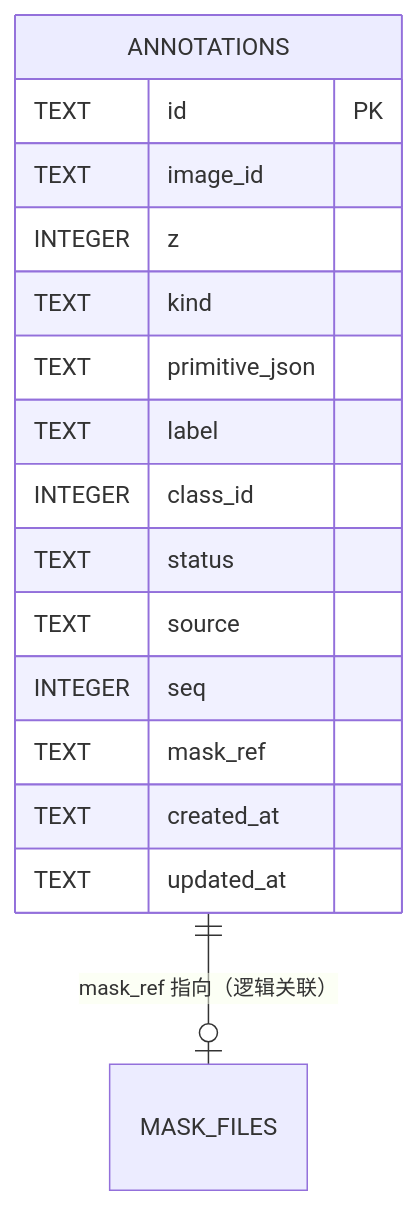
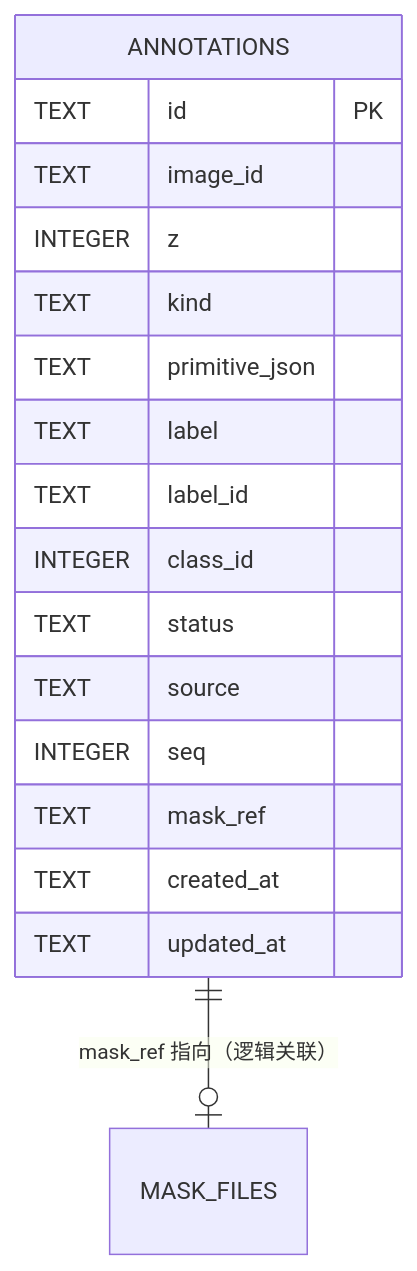
The fourth of 5 diagrams in docs/sdd/feats/04-unified-annotation-toolbox/README.md (zhentai-sn/open-glaux), drawn with Mermaid before and after one commit. The commit also changed other lines of this file and 9 other files, not shown here.

````diff
--- a/docs/sdd/feats/04-unified-annotation-toolbox/README.md
+++ b/docs/sdd/feats/04-unified-annotation-toolbox/README.md
@@ -230,19 +230,20 @@
 ```mermaid
 erDiagram
     ANNOTATIONS ||--o| MASK_FILES : "mask_ref 指向（逻辑关联）"
     ANNOTATIONS {
         TEXT id PK
         TEXT image_id
         INTEGER z
         TEXT kind
         TEXT primitive_json
         TEXT label
+        TEXT label_id
         INTEGER class_id
         TEXT status
         TEXT source
         INTEGER seq
         TEXT mask_ref
         TEXT created_at
         TEXT updated_at
     }
 ```
````
